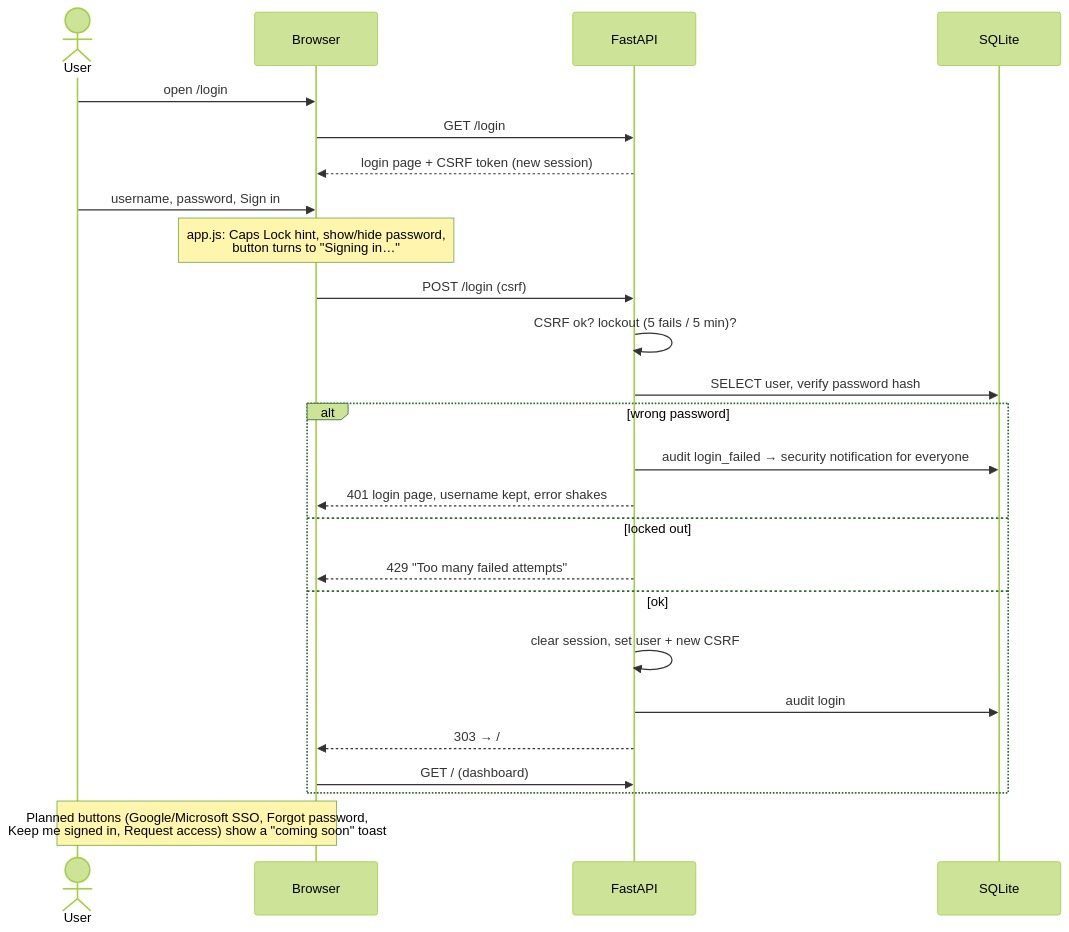
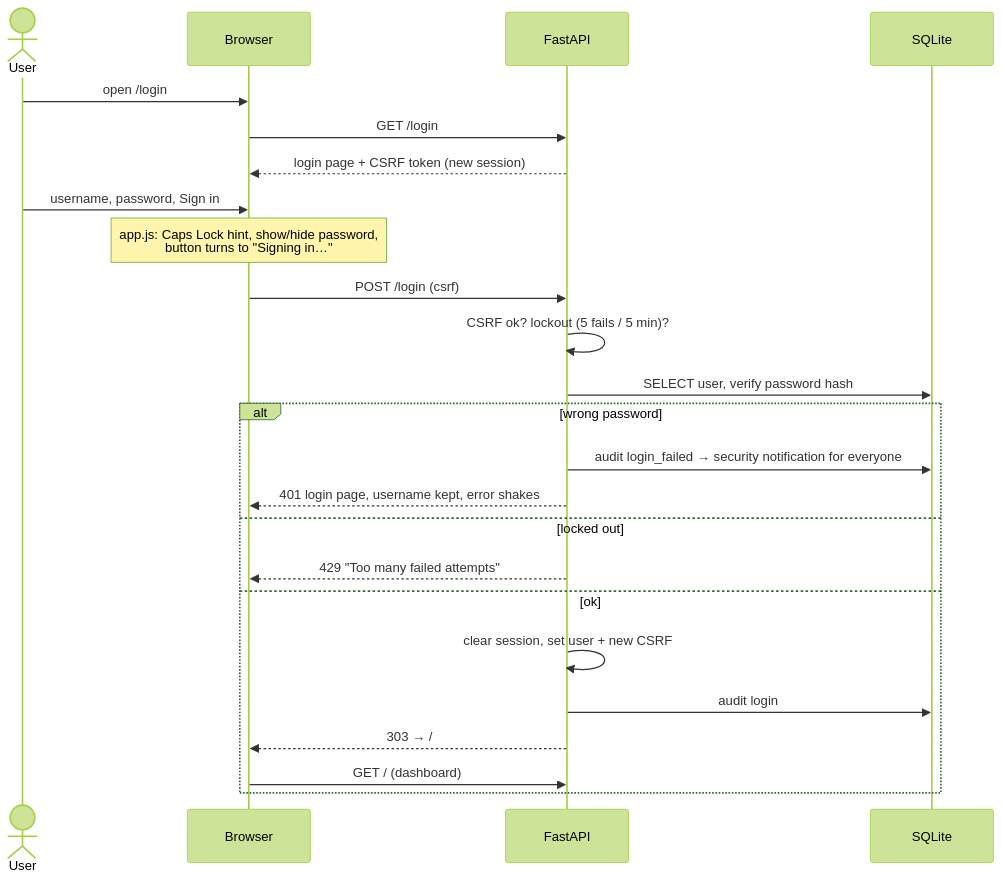
One commit to Harshitahusts/GRC-Ai changed the second of 12 diagrams in docs/SYSTEM_DESIGN.md. Above: the diagram before and after it, drawn with Mermaid (forest theme). The commit also changed other lines of this file and 79 other files, not shown here.

````diff
--- a/docs/SYSTEM_DESIGN.md
+++ b/docs/SYSTEM_DESIGN.md
@@ -48,27 +48,26 @@
 ```mermaid
 sequenceDiagram
   actor U as User
   participant B as Browser
   participant S as FastAPI
   participant D as SQLite
   U->>B: open /login
   B->>S: GET /login
   S-->>B: login page + CSRF token (new session)
   U->>B: username, password, Sign in
   Note over B: app.js: Caps Lock hint, show/hide password,<br/>button turns to "Signing in…"
   B->>S: POST /login (csrf)
   S->>S: CSRF ok? lockout (5 fails / 5 min)?
   S->>D: SELECT user, verify password hash
   alt wrong password
     S->>D: audit login_failed → security notification for everyone
     S-->>B: 401 login page, username kept, error shakes
   else locked out
     S-->>B: 429 "Too many failed attempts"
   else ok
     S->>S: clear session, set user + new CSRF
     S->>D: audit login
     S-->>B: 303 → /
     B->>S: GET / (dashboard)
   end
-  Note over U,B: Planned buttons (Google/Microsoft SSO, Forgot password,<br/>Keep me signed in, Request access) show a "coming soon" toast
 ```
````
